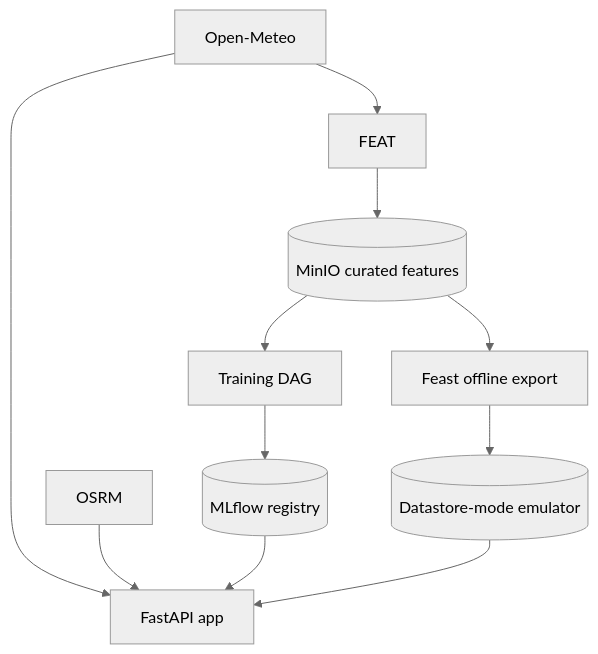
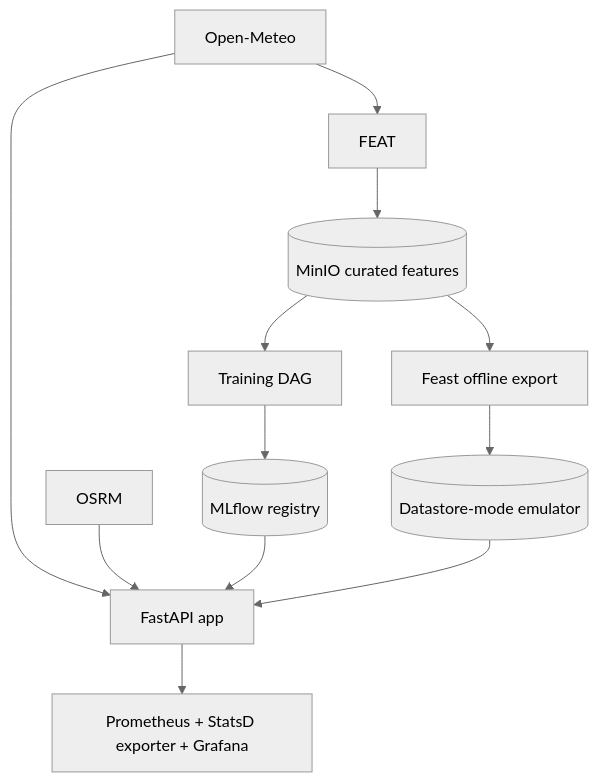
Before and after one commit to javihslu/foehncast: the third of 5 diagrams in docs/site/system/architecture.md, drawn with Mermaid (neutral theme). The commit also changed other lines of this file and 18 other files, not shown here.

```diff
--- a/docs/site/system/architecture.md
+++ b/docs/site/system/architecture.md
@@ -74,15 +75,16 @@
 <div class="mermaid">
 flowchart TD
     OME[Open-Meteo] --> FEAT
     FEAT --> PAR[(MinIO curated features)]
     PAR --> TRAIN[Training DAG]
     TRAIN --> MLF[(MLflow registry)]
 
     OME --> APP[FastAPI app]
     OSRM[OSRM] --> APP
     MLF --> APP
 
     PAR --> OFF[Feast offline export]
     OFF --> FEAST[(Datastore-mode emulator)]
     FEAST --> APP
+    APP --> MON[Prometheus + StatsD exporter + Grafana]
 </div>
```
